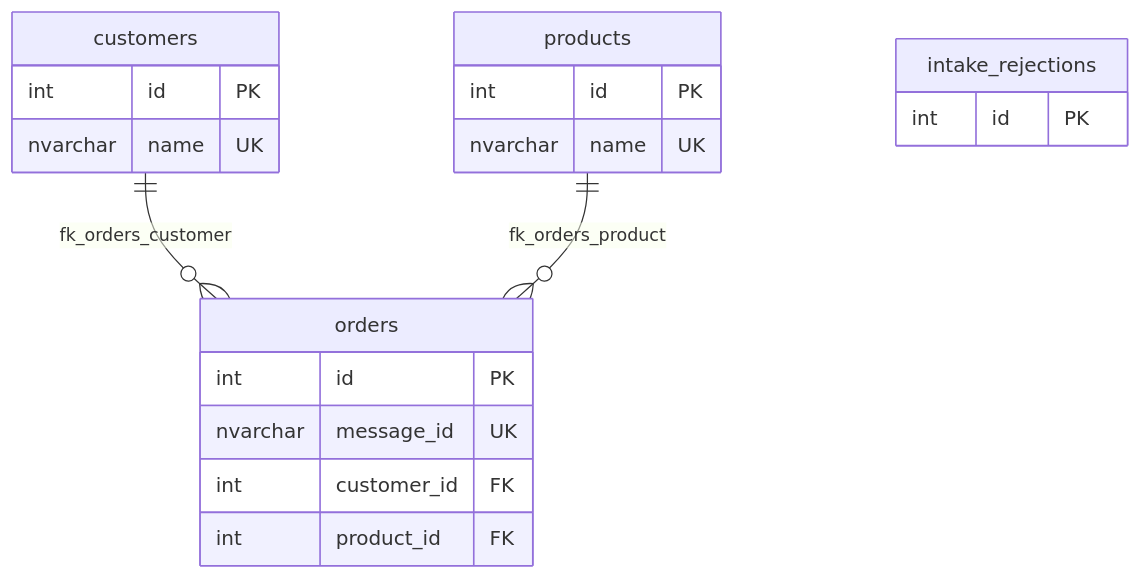
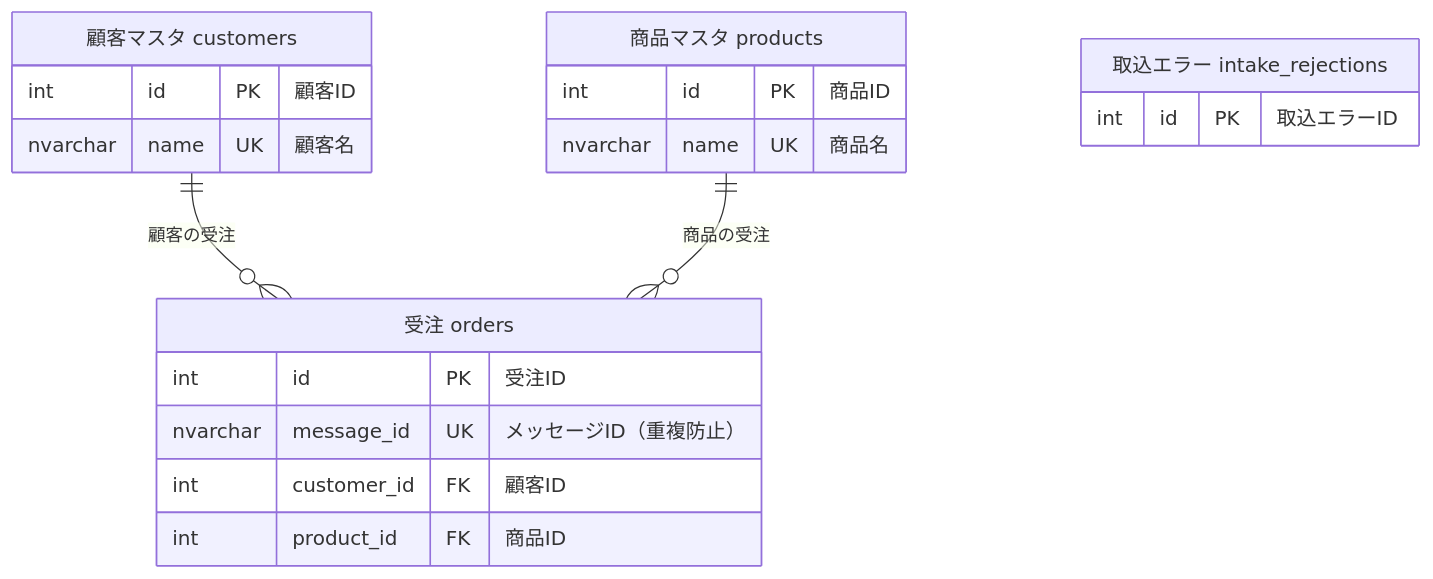
One commit to takato-y/order-intake-system changed the diagram in docs/04_テーブル定義書.md. Above: the diagram before and after it, drawn with Mermaid. The commit also changed other lines of this file and 1 other file, not shown here.

Commit message:
docs: ER 図に論理名（日本語）を併記

````diff
--- a/docs/04_テーブル定義書.md
+++ b/docs/04_テーブル定義書.md
@@ -30,22 +31,22 @@
 ```mermaid
 erDiagram
-    TBL001["customers"] {
-        int id PK
-        nvarchar name UK
+    TBL001["顧客マスタ customers"] {
+        int id PK "顧客ID"
+        nvarchar name UK "顧客名"
     }
-    TBL002["products"] {
-        int id PK
-        nvarchar name UK
+    TBL002["商品マスタ products"] {
+        int id PK "商品ID"
+        nvarchar name UK "商品名"
     }
-    TBL003["orders"] {
-        int id PK
-        nvarchar message_id UK
-        int customer_id FK
-        int product_id FK
+    TBL003["受注 orders"] {
+        int id PK "受注ID"
+        nvarchar message_id UK "メッセージID（重複防止）"
+        int customer_id FK "顧客ID"
+        int product_id FK "商品ID"
     }
-    TBL004["intake_rejections"] {
-        int id PK
+    TBL004["取込エラー intake_rejections"] {
+        int id PK "取込エラーID"
     }
-    TBL001 ||--o{ TBL003 : "fk_orders_customer"
-    TBL002 ||--o{ TBL003 : "fk_orders_product"
+    TBL001 ||--o{ TBL003 : "顧客の受注"
+    TBL002 ||--o{ TBL003 : "商品の受注"
 ```
````
